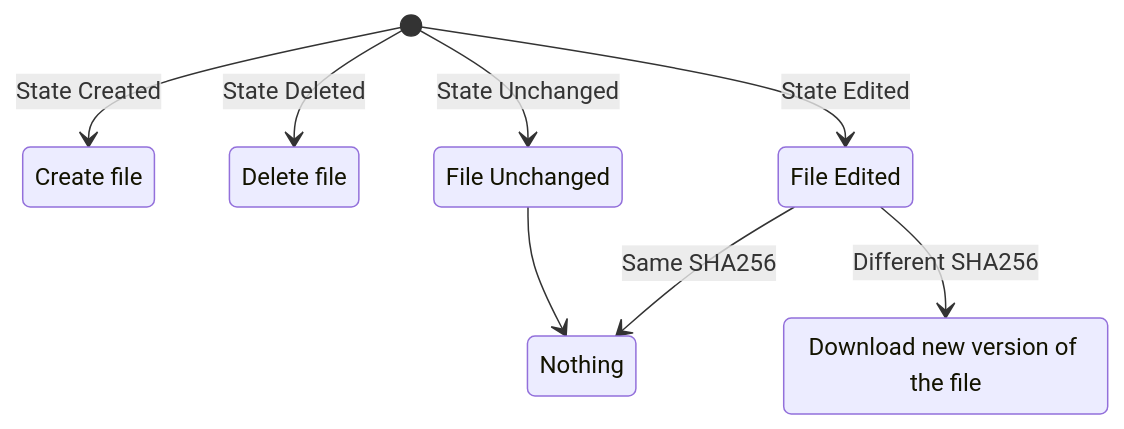
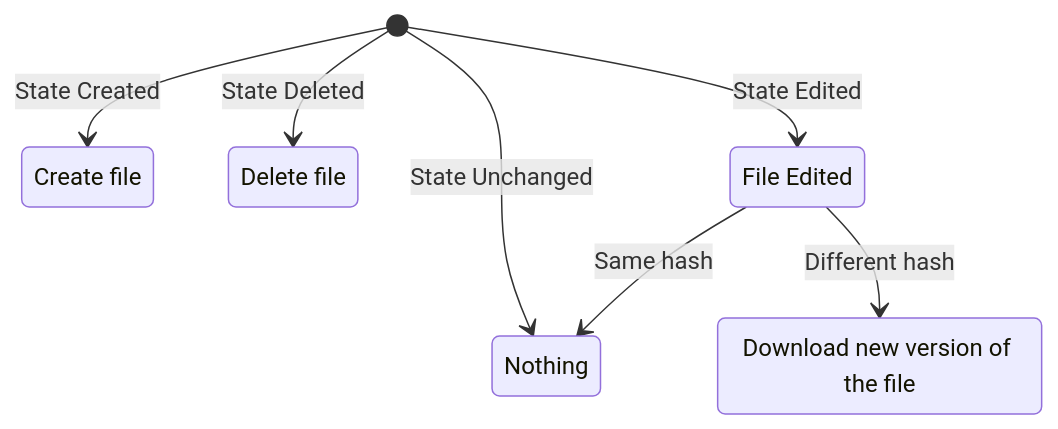
Before and after one commit to 0xmathis/SyncMeDaddy: the third of 3 diagrams in README.md, drawn with Mermaid. The commit also changed 8 other files, not shown here.

````diff
--- a/README.md
+++ b/README.md
@@ -28,17 +28,15 @@
 ```mermaid
 stateDiagram-v2
     s1 : Create file
     s2 : Delete file
     s3 : File Edited
-    s4 : File Unchanged
-    s5 : Nothing
-    s6 : Download new version of the file
+    s4 : Nothing
+    s5 : Download new version of the file
 
     [*] --> s1 : State Created
     [*] --> s2 : State Deleted
     [*] --> s3 : State Edited
     [*] --> s4 : State Unchanged
-    s3  --> s5 : Same SHA256
-    s3  --> s6 : Different SHA256
-    s4  --> s5
+    s3  --> s4 : Same hash
+    s3  --> s5 : Different hash
 ```
````
